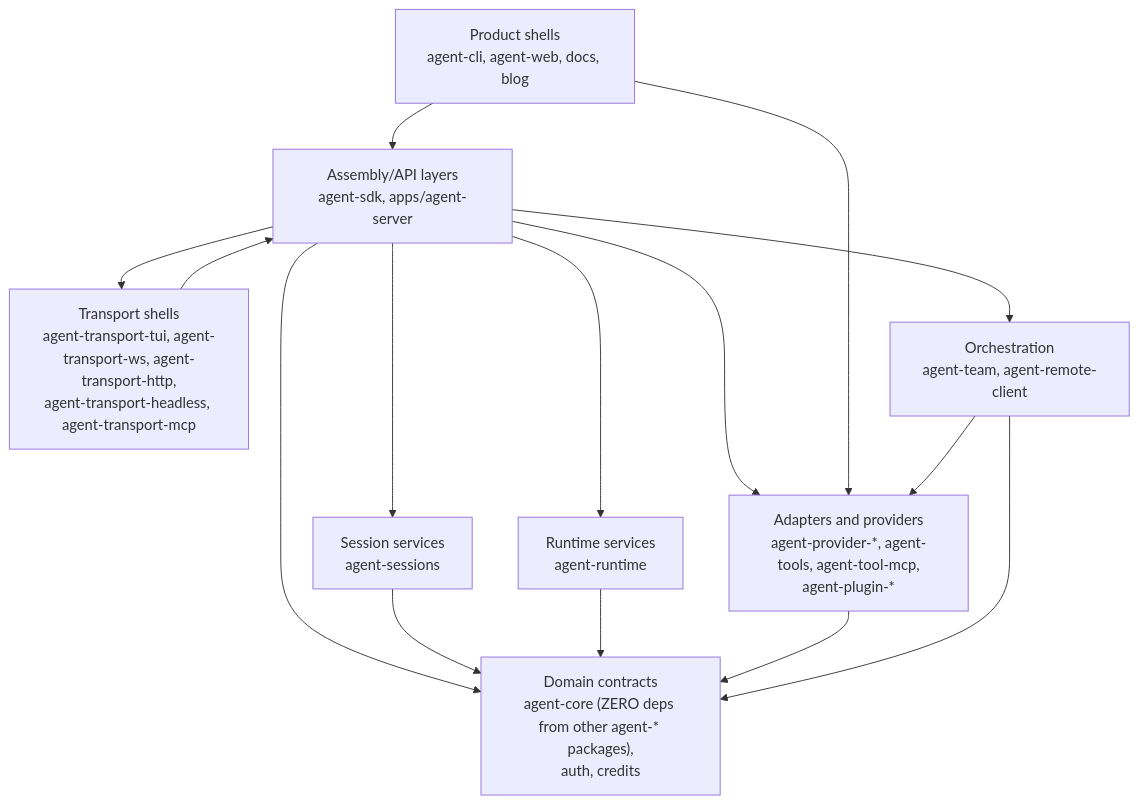
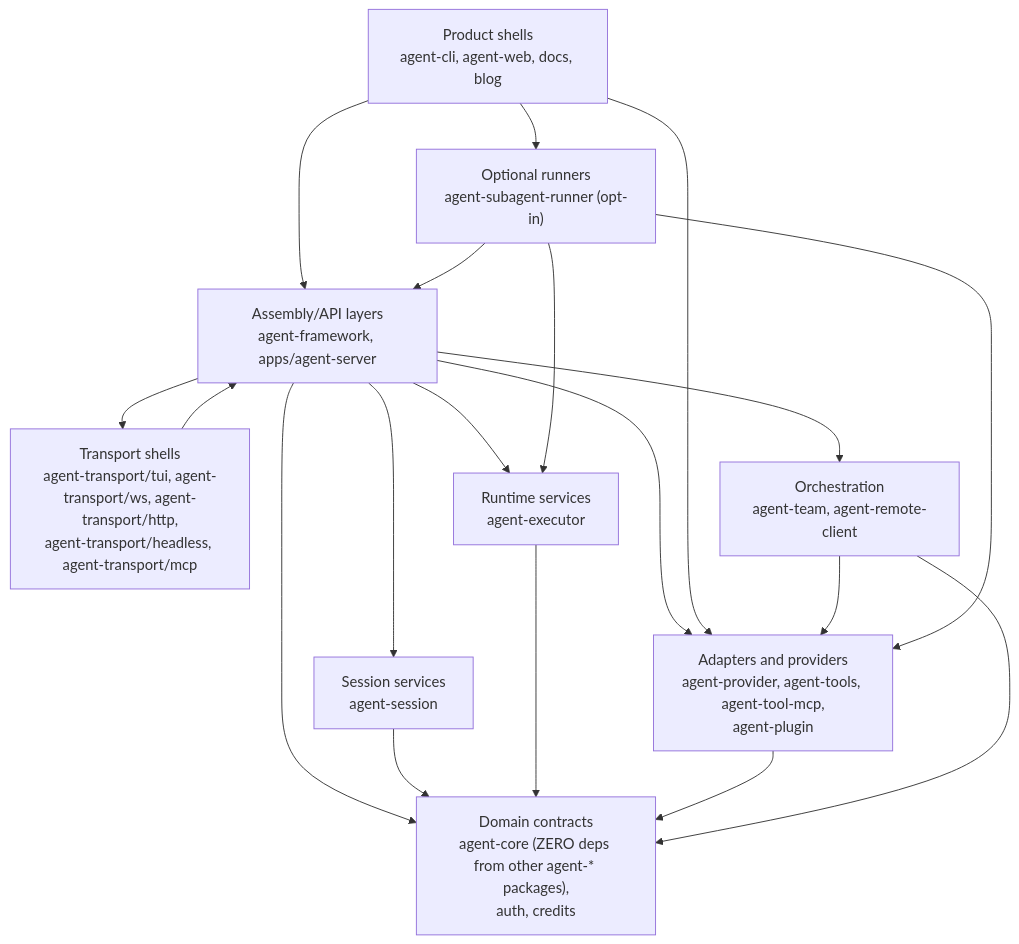
One commit to woojubb/robota changed the diagram in .agents/specs/architecture-map/dependency-direction.md. Above: the diagram before and after it, drawn with Mermaid. The commit also changed other lines of this file and 690 other files, not shown here.

````diff
--- a/.agents/specs/architecture-map/dependency-direction.md
+++ b/.agents/specs/architecture-map/dependency-direction.md
@@ -9,26 +9,31 @@
 ```mermaid
 flowchart TD
   ProductShells["Product shells\nagent-cli, agent-web, docs, blog"]
-  Assembly["Assembly/API layers\nagent-sdk, apps/agent-server"]
-  TransportShells["Transport shells\nagent-transport-tui, agent-transport-ws, agent-transport-http,\nagent-transport-headless, agent-transport-mcp"]
+  Assembly["Assembly/API layers\nagent-framework, apps/agent-server"]
+  TransportShells["Transport shells\nagent-transport/tui, agent-transport/ws, agent-transport/http,\nagent-transport/headless, agent-transport/mcp"]
   Orchestration["Orchestration\nagent-team, agent-remote-client"]
-  Sessions["Session services\nagent-sessions"]
-  Runtime["Runtime services\nagent-runtime"]
+  Sessions["Session services\nagent-session"]
+  Executor["Runtime services\nagent-executor"]
   Domain["Domain contracts\nagent-core (ZERO deps from other agent-* packages),\nauth, credits"]
-  Adapters["Adapters and providers\nagent-provider-*, agent-tools, agent-tool-mcp,\nagent-plugin-*"]
+  Adapters["Adapters and providers\nagent-provider, agent-tools, agent-tool-mcp,\nagent-plugin"]
+  OptIn["Optional runners\nagent-subagent-runner (opt-in)"]
 
   ProductShells --> Assembly
   Assembly --> Sessions
-  Assembly --> Runtime
+  Assembly --> Executor
   Assembly --> Domain
   Sessions --> Domain
-  Runtime --> Domain
+  Executor --> Domain
   Assembly --> Adapters
   ProductShells --> Adapters
+  ProductShells --> OptIn
   Adapters --> Domain
   TransportShells --> Assembly
   Assembly --> TransportShells
   Orchestration --> Domain
   Orchestration --> Adapters
   Assembly --> Orchestration
+  OptIn --> Assembly
+  OptIn --> Executor
+  OptIn --> Adapters
 ```
````
